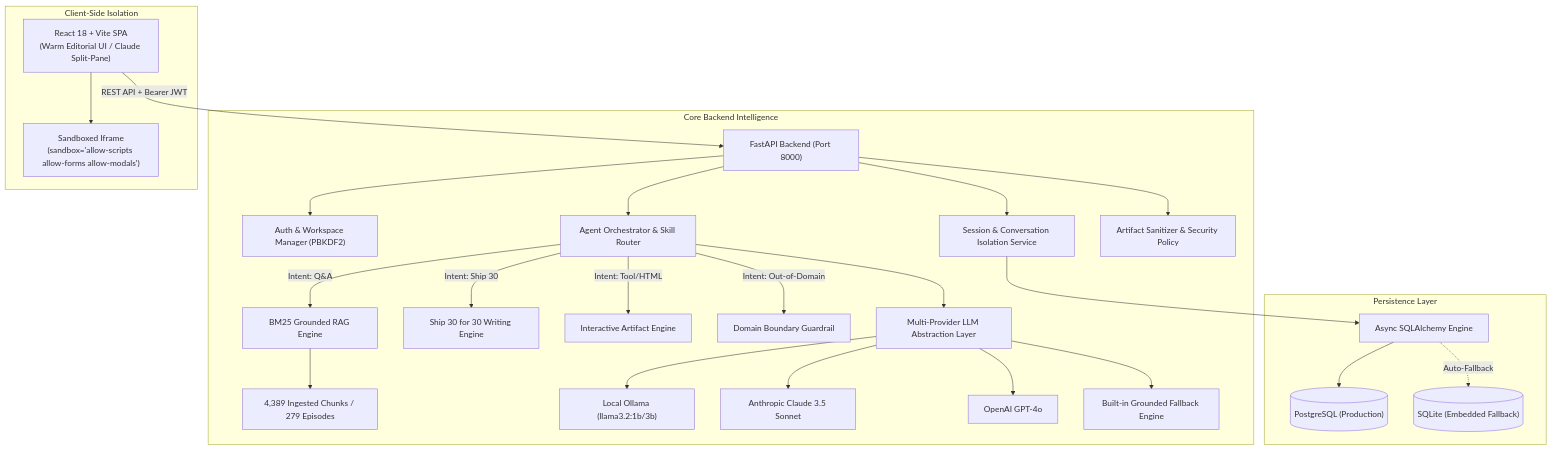
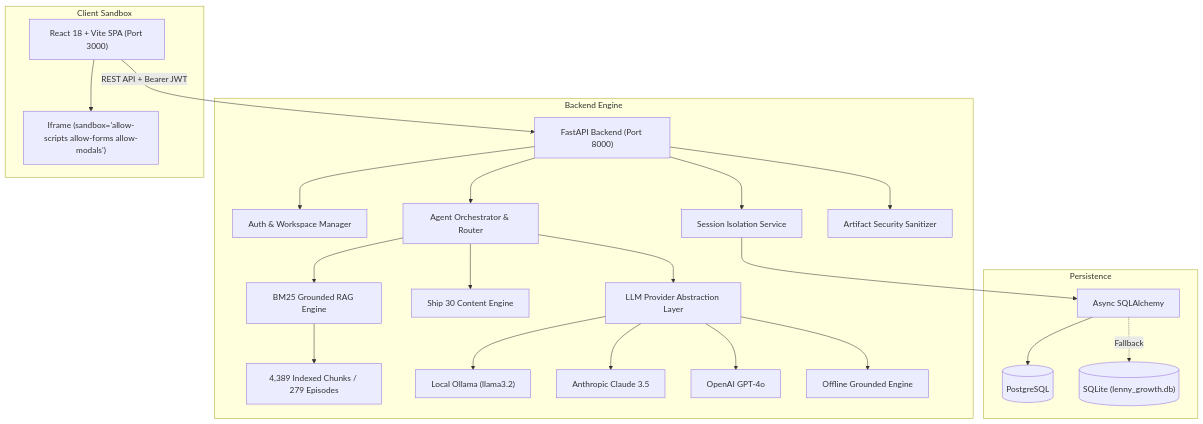
The diagram in README.md (nikki-nooka/OOGWAY), drawn with Mermaid before and after one commit. The commit also changed other lines of this file, not shown here.

Commit message:
docs: streamline README.md focusing on core features, tests, setup, and deliverables

````diff
--- a/README.md
+++ b/README.md
@@ -33,37 +64,35 @@
 ```mermaid
 graph TD
-    Client["React 18 + Vite SPA<br/>(Warm Editorial UI / Claude Split-Pane)"]
+    Client["React 18 + Vite SPA (Port 3000)"]
     FastAPI["FastAPI Backend (Port 8000)"]
     
     Client -->|REST API + Bearer JWT| FastAPI
     
-    subgraph "Core Backend Intelligence"
-        FastAPI --> AuthMgr["Auth & Workspace Manager (PBKDF2)"]
-        FastAPI --> SessionMgr["Session & Conversation Isolation Service"]
-        FastAPI --> AgentRouter["Agent Orchestrator & Skill Router"]
-        FastAPI --> ArtifactService["Artifact Sanitizer & Security Policy"]
+    subgraph "Backend Engine"
+        FastAPI --> AuthMgr["Auth & Workspace Manager"]
+        FastAPI --> SessionMgr["Session Isolation Service"]
+        FastAPI --> AgentRouter["Agent Orchestrator & Router"]
+        FastAPI --> SecurityPolicy["Artifact Security Sanitizer"]
         
-        AgentRouter -->|Intent: Q&A| GroundedRAG["BM25 Grounded RAG Engine"]
-        AgentRouter -->|Intent: Ship 30| Ship30Skill["Ship 30 for 30 Writing Engine"]
-        AgentRouter -->|Intent: Tool/HTML| ArtifactGen["Interactive Artifact Engine"]
-        AgentRouter -->|Intent: Out-of-Domain| Guardrail["Domain Boundary Guardrail"]
+        AgentRouter --> GroundedRAG["BM25 Grounded RAG Engine"]
+        AgentRouter --> Ship30Skill["Ship 30 Content Engine"]
+        AgentRouter --> LLMFactory["LLM Provider Abstraction Layer"]
         
-        GroundedRAG --> KnowledgeIndex["4,389 Ingested Chunks / 279 Episodes"]
+        GroundedRAG --> KnowledgeIndex["4,389 Indexed Chunks / 279 Episodes"]
         
-        AgentRouter --> LLMFactory["Multi-Provider LLM Abstraction Layer"]
-        LLMFactory --> Ollama["Local Ollama (llama3.2:1b/3b)"]
-        LLMFactory --> Claude["Anthropic Claude 3.5 Sonnet"]
+        LLMFactory --> Ollama["Local Ollama (llama3.2)"]
+        LLMFactory --> Claude["Anthropic Claude 3.5"]
         LLMFactory --> OpenAI["OpenAI GPT-4o"]
-        LLMFactory --> MockEngine["Built-in Grounded Fallback Engine"]
+        LLMFactory --> OfflineEngine["Offline Grounded Engine"]
     end
 
-    subgraph "Persistence Layer"
-        SessionMgr --> DB["Async SQLAlchemy Engine"]
-        DB --> Postgres[("PostgreSQL (Production)")]
-        DB -.->|Auto-Fallback| SQLite[("SQLite (Embedded Fallback)")]
+    subgraph "Persistence"
+        SessionMgr --> DB["Async SQLAlchemy"]
+        DB --> Postgres[("PostgreSQL")]
+        DB -.->|Fallback| SQLite[("SQLite (lenny_growth.db)")]
     end
 
-    subgraph "Client-Side Isolation"
-        Client --> SandboxedIframe["Sandboxed Iframe<br/>(sandbox='allow-scripts allow-forms allow-modals')"]
+    subgraph "Client Sandbox"
+        Client --> SandboxedIframe["Iframe (sandbox='allow-scripts allow-forms allow-modals')"]
     end
 ```
````
